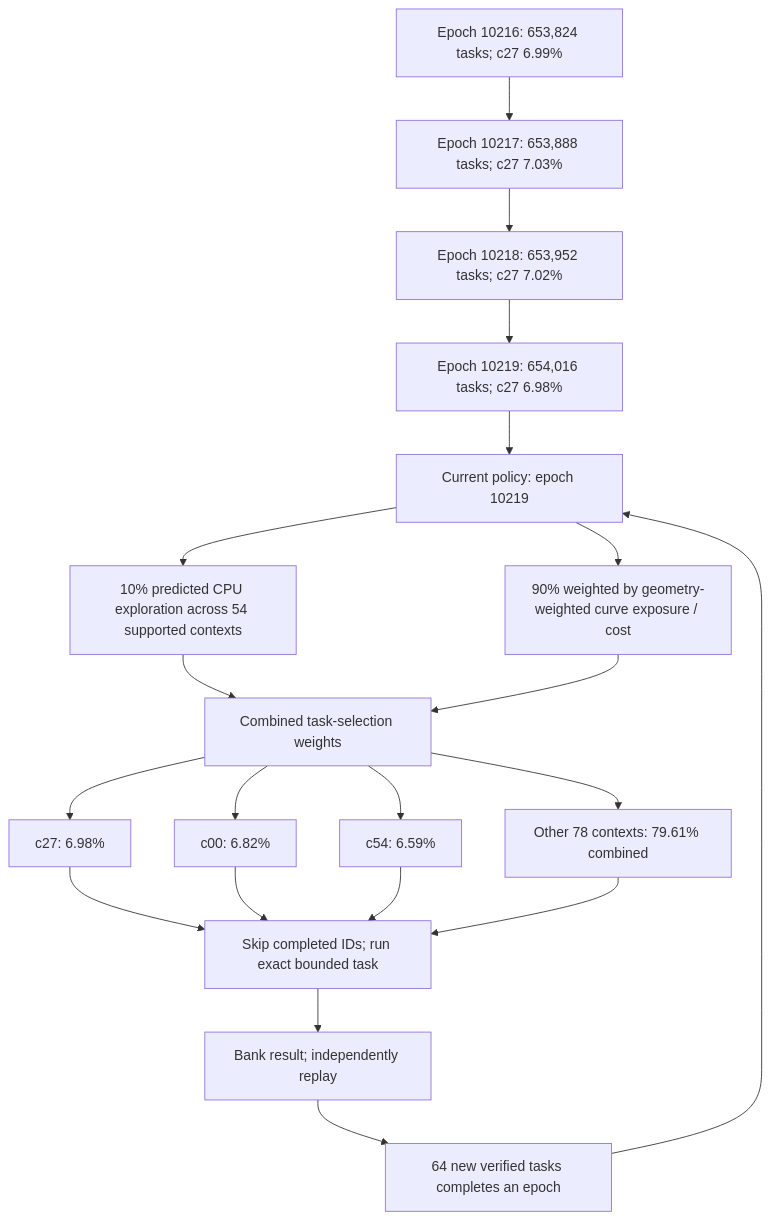
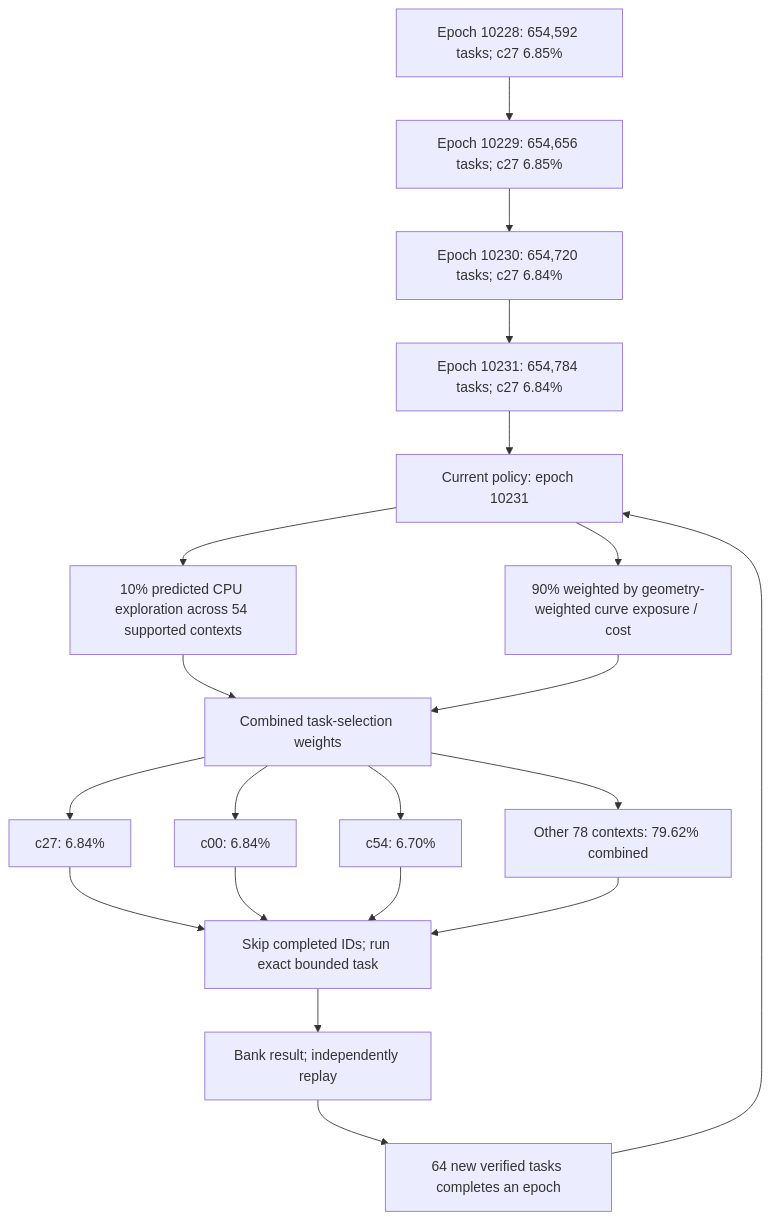
One commit to Kuberwastaken/math-gambling changed the first of 4 diagrams in README.md. Above: the diagram before and after it, drawn with Mermaid. The commit also changed other lines of this file and 4858 other files, not shown here.

````diff
--- a/README.md
+++ b/README.md
@@ -60,27 +60,27 @@
 ```mermaid
 flowchart TD
-    H0["Epoch 10216: 653,824 tasks; c27 6.99%"]
-    H1["Epoch 10217: 653,888 tasks; c27 7.03%"]
+    H0["Epoch 10228: 654,592 tasks; c27 6.85%"]
+    H1["Epoch 10229: 654,656 tasks; c27 6.85%"]
     H0 --> H1
-    H2["Epoch 10218: 653,952 tasks; c27 7.02%"]
+    H2["Epoch 10230: 654,720 tasks; c27 6.84%"]
     H1 --> H2
-    H3["Epoch 10219: 654,016 tasks; c27 6.98%"]
+    H3["Epoch 10231: 654,784 tasks; c27 6.84%"]
     H2 --> H3
-    Policy["Current policy: epoch 10219"]
+    Policy["Current policy: epoch 10231"]
     H3 --> Policy
     Policy --> Explore["10% predicted CPU exploration across 54 supported contexts"]
     Policy --> Cost["90% weighted by geometry-weighted curve exposure / cost"]
     Explore --> Mix["Combined task-selection weights"]
     Cost --> Mix
-    Mix --> C0["c27: 6.98%"]
-    Mix --> C1["c00: 6.82%"]
-    Mix --> C2["c54: 6.59%"]
-    Mix --> Rest["Other 78 contexts: 79.61% combined"]
+    Mix --> C0["c27: 6.84%"]
+    Mix --> C1["c00: 6.84%"]
+    Mix --> C2["c54: 6.70%"]
+    Mix --> Rest["Other 78 contexts: 79.62% combined"]
     C0 --> Check["Skip completed IDs; run exact bounded task"]
     C1 --> Check
     C2 --> Check
     Rest --> Check
     Check --> Replay["Bank result; independently replay"]
     Replay --> Gate["64 new verified tasks completes an epoch"]
     Gate --> Policy
 ```
````
